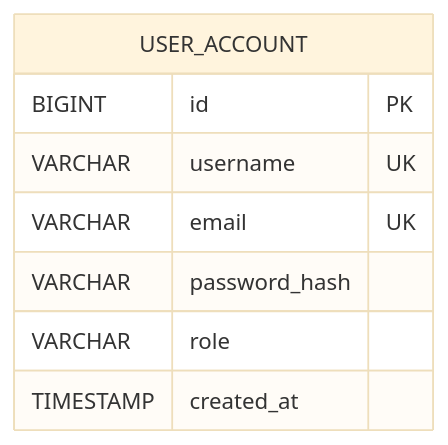
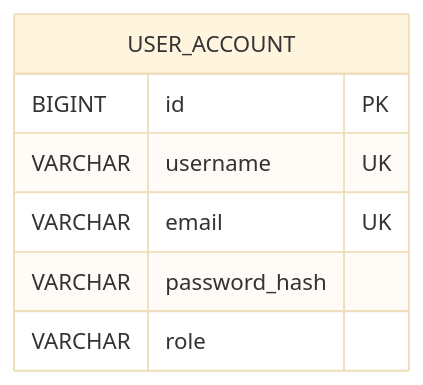
Before and after one commit to Ital0Dmc/Agridron-Report-readme-playground: diagram 14 of 23 in README.md, drawn with Mermaid (base theme). The commit also changed other lines of this file, not shown here.

First line of the commit message:
docs: align database design with the corrected class diagrams

````diff
--- a/README.md
+++ b/README.md
@@ -2778,11 +2778,10 @@
 ```mermaid
 erDiagram
     USER_ACCOUNT {
         BIGINT id PK
         VARCHAR username UK
         VARCHAR email UK
         VARCHAR password_hash
         VARCHAR role
-        TIMESTAMP created_at
     }
 ```
````
